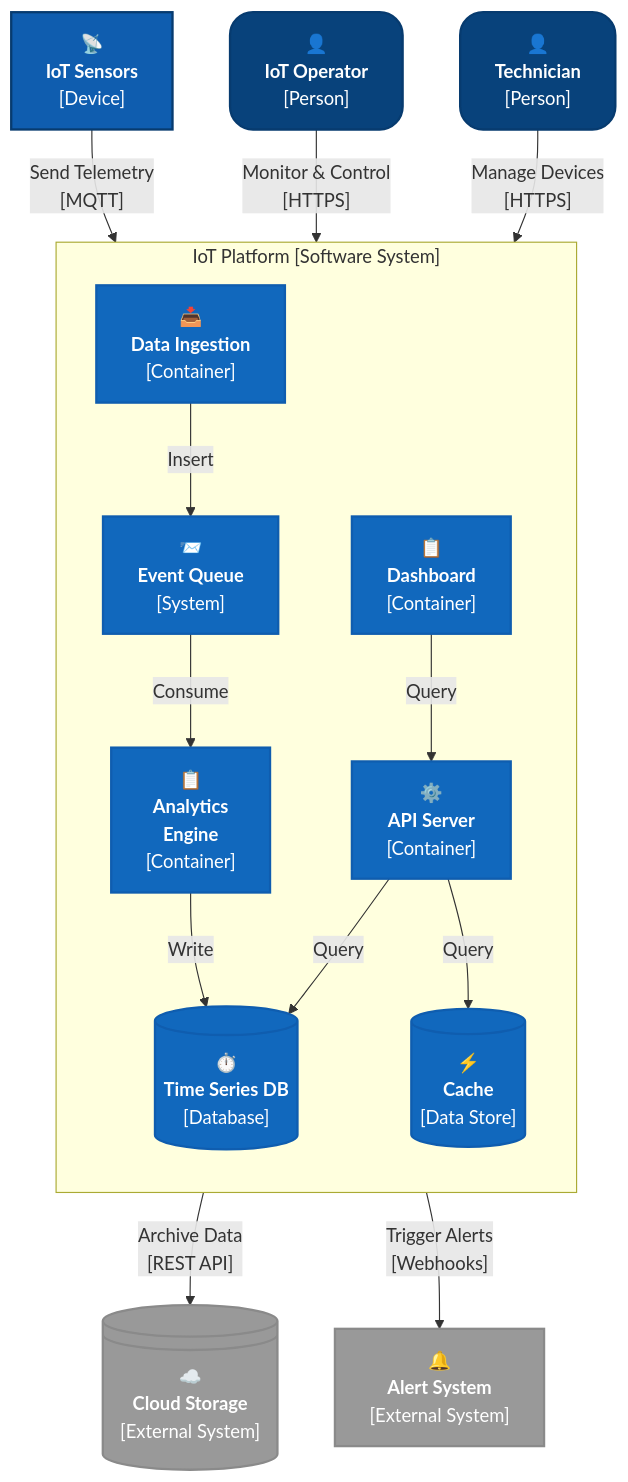
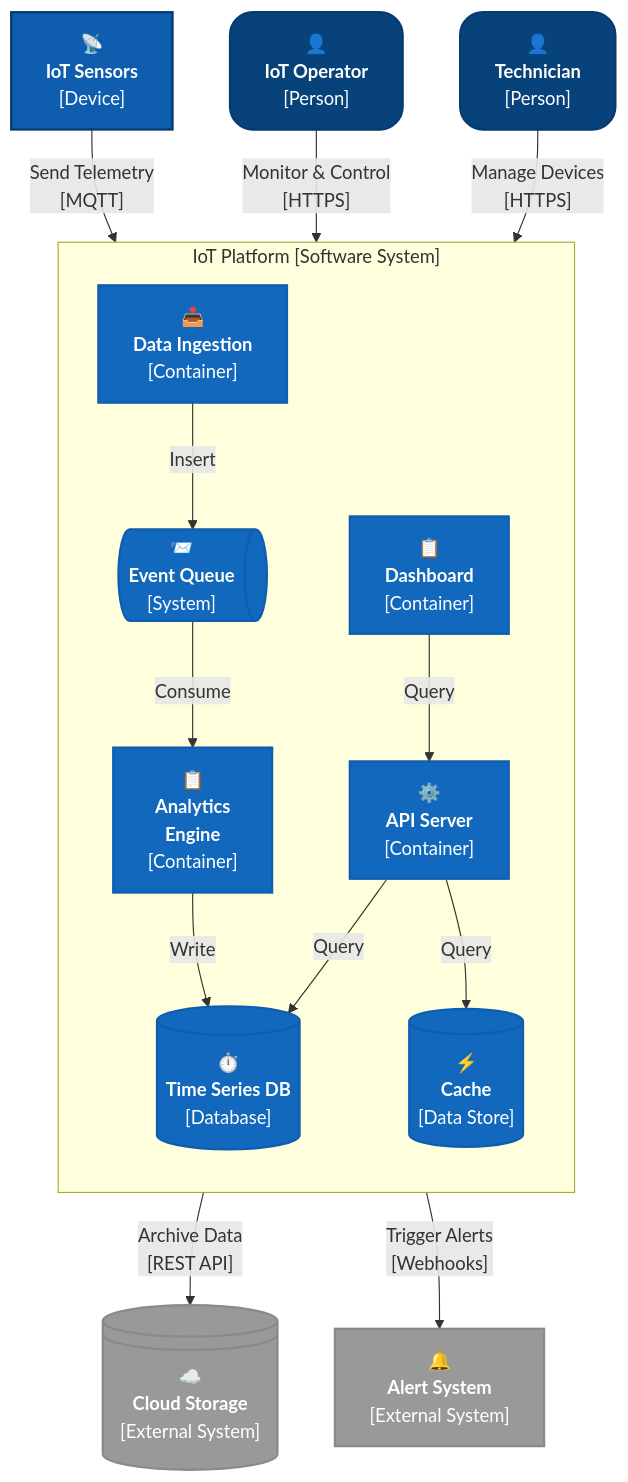
Before and after one commit to LockTar/C4-Modeling-in-Mermaid: the fifth of 8 diagrams in C4-cheatsheets/C4-Context-Diagram-Mermaid-Flowchart-Cheatsheet.md, drawn with Mermaid. The commit also changed other lines of this file and 2 other files, not shown here.

Commit message:
Update queue shapes and labels in C4 cheatsheets for consistency

````diff
--- a/C4-cheatsheets/C4-Context-Diagram-Mermaid-Flowchart-Cheatsheet.md
+++ b/C4-cheatsheets/C4-Context-Diagram-Mermaid-Flowchart-Cheatsheet.md
@@ -278,60 +278,60 @@
 ```mermaid
 flowchart TB
     %% Style definitions
     classDef Person fill:#08427b,stroke:#073b6f,color:#fff,rx:20px,ry:20px,stroke-width:2px;
     classDef PersonExt fill:#999999,stroke:#8a8a8a,color:#fff,rx:20px,ry:20px,stroke-width:2px;
     classDef System fill:#1168bd,stroke:#0f5daf,color:#fff,stroke-width:2px;
     classDef SystemExt fill:#999999,stroke:#8a8a8a,color:#fff,stroke-width:2px;
     classDef SystemDb fill:#1168bd,stroke:#0f5daf,color:#fff,stroke-width:2px;
     classDef SystemQueue fill:#1168bd,stroke:#0f5daf,color:#fff,stroke-width:2px;
     classDef device fill:#0f5daf,stroke:#073b6f,color:#fff,stroke-width:2px;
     classDef SystemBoundary fill:none,stroke:#999,stroke-width:2px,stroke-dasharray: 5 5,color:#444;
 
     %% Actors
     operator["👤<br/><b>IoT Operator</b><br/>[Person]"]
     technician["👤<br/><b>Technician</b><br/>[Person]"]
 
     class operator,technician Person
 
     sensor["📡<br/><b>IoT Sensors</b><br/>[Device]"]
 
     class sensor device
 
     %% Main System Boundary
     subgraph iot["IoT Platform [Software System]"]
         direction TB
         ingest["📥<br/><b>Data Ingestion</b><br/>[Container]"]
         api["⚙️<br/><b>API Server</b><br/>[Container]"]
         analytics["📋<br/><b>Analytics<br/>Engine</b><br/>[Container]"]
         ui["📋<br/><b>Dashboard</b><br/>[Container]"]
 
         timeseries[("⏱️<br/><b>Time Series DB</b><br/>[Database]")]
         cache[("⚡<br/><b>Cache</b><br/>[Data Store]")]
-        queue["📨<br/><b>Event Queue</b><br/>[System]"]
+        queue@{ shape: das, label: "📨<br/><b>Event Queue</b><br/>[System]" }
 
         class ingest,api,analytics,ui System
         class timeseries,cache SystemDb
         class queue SystemQueue
 
         ingest -->|Insert| queue
         queue -->|Consume| analytics
         analytics -->|Write| timeseries
         api -->|Query| timeseries
         api -->|Query| cache
         ui -->|Query| api
     end
     class iot SystemBoundary;
 
     %% External Systems
     alerts["🔔<br/><b>Alert System</b><br/>[External System]"]
     storage@{ shape: lin-cyl, label: "☁️<br/><b>Cloud Storage</b><br/>[External System]" }
 
     class alerts,storage SystemExt
 
     %% Relationships
     sensor -->|"Send Telemetry<br/>[MQTT]"| iot
     operator -->|"Monitor & Control<br/>[HTTPS]"| iot
     technician -->|"Manage Devices<br/>[HTTPS]"| iot
     iot -->|"Archive Data<br/>[REST API]"| storage
     iot -->|"Trigger Alerts<br/>[Webhooks]"| alerts
 ```
````
